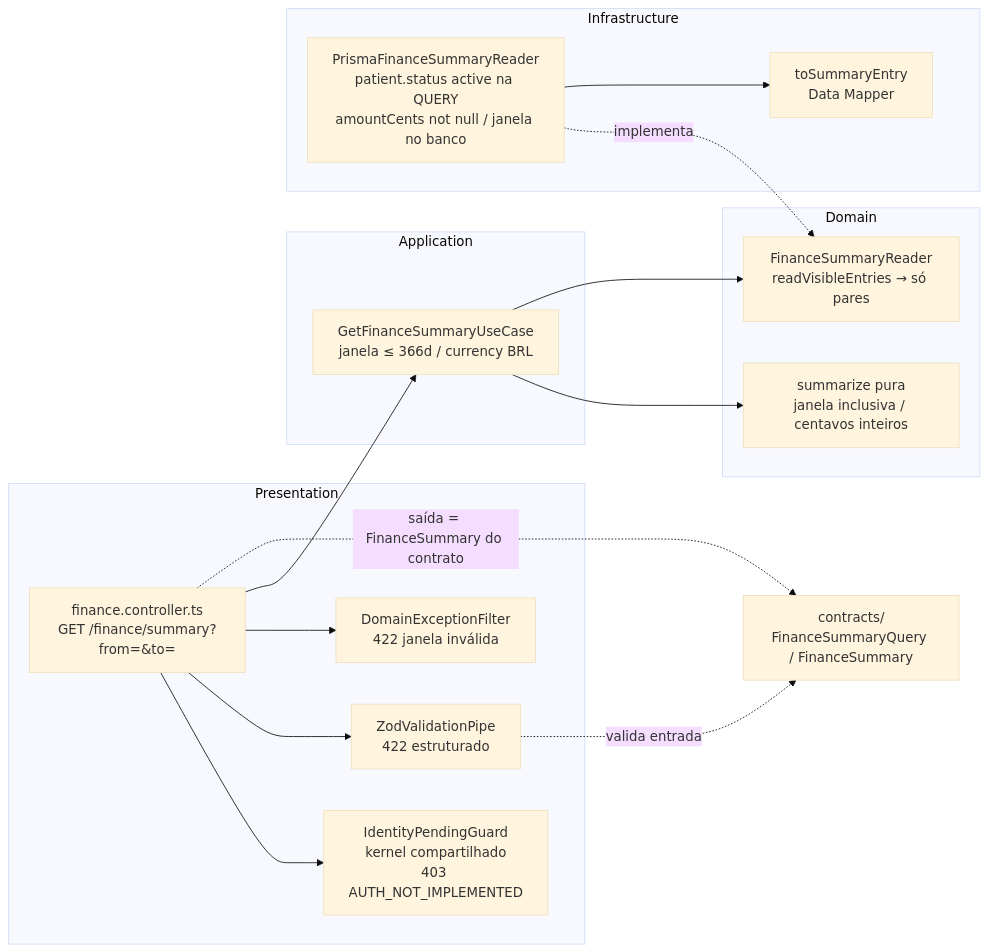
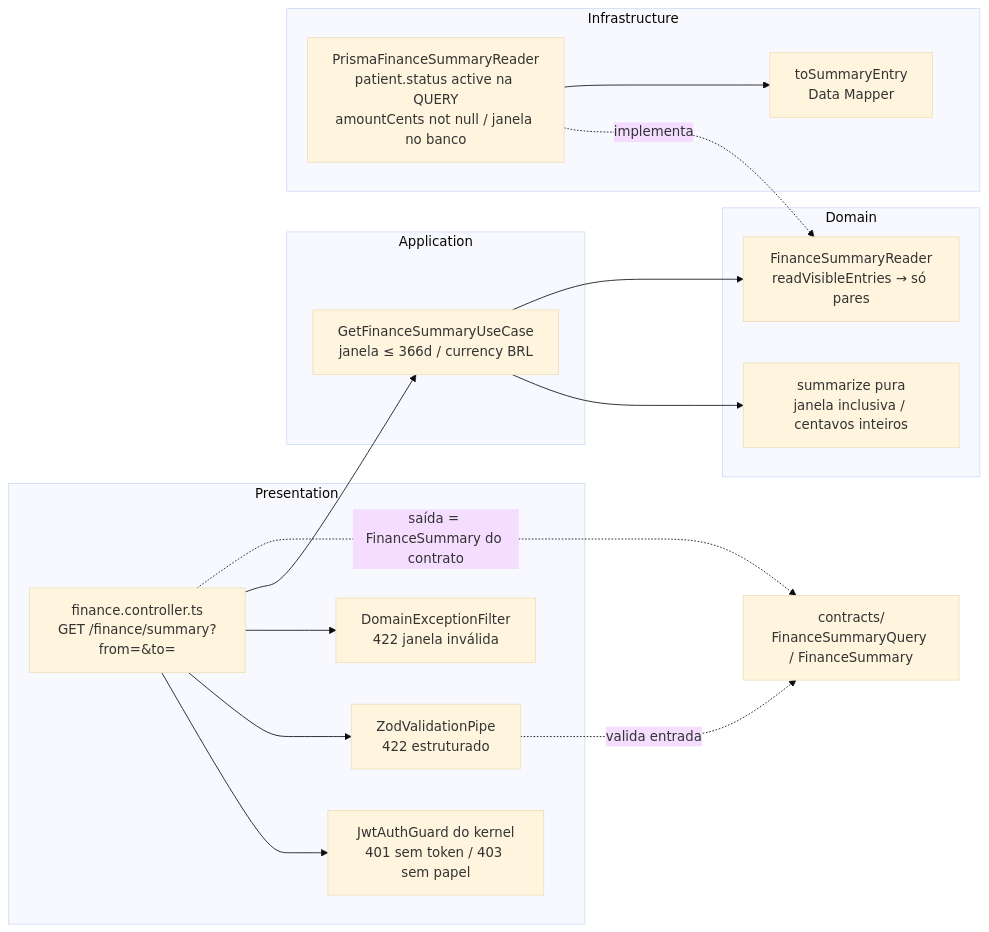
The seventh of 9 diagrams in docs/architecture/c3-component.md (marcelops1/newestetica), drawn with Mermaid (base theme) before and after one commit. The commit also changed other lines of this file and 75 other files, not shown here.

````diff
--- a/docs/architecture/c3-component.md
+++ b/docs/architecture/c3-component.md
@@ -353,31 +353,31 @@
 ```mermaid
 flowchart LR
     subgraph Presentation
-        GUARD[IdentityPendingGuard<br/>kernel compartilhado<br/>403 AUTH_NOT_IMPLEMENTED]
+        GUARD[JwtAuthGuard do kernel<br/>401 sem token / 403 sem papel]
         CTRL[finance.controller.ts<br/>GET /finance/summary?from=&to=]
         PIPE[ZodValidationPipe<br/>422 estruturado]
         FILTER[DomainExceptionFilter<br/>422 janela inválida]
     end
     subgraph Application
         UC[GetFinanceSummaryUseCase<br/>janela ≤ 366d / currency BRL]
     end
     subgraph Domain
         S[summarize pura<br/>janela inclusiva / centavos inteiros]
         P[FinanceSummaryReader<br/>readVisibleEntries → só pares]
     end
     subgraph Infrastructure
         R[PrismaFinanceSummaryReader<br/>patient.status active na QUERY<br/>amountCents not null / janela no banco]
         MAP[toSummaryEntry<br/>Data Mapper]
     end
     CONTRACTS[contracts/<br/>FinanceSummaryQuery / FinanceSummary]
     CTRL --> GUARD
     CTRL --> PIPE
     CTRL --> FILTER
     CTRL --> UC
     PIPE -.->|valida entrada| CONTRACTS
     CTRL -.->|saída = FinanceSummary do contrato| CONTRACTS
     UC --> S
     UC --> P
     R -.->|implementa| P
     R --> MAP
 ```
````
